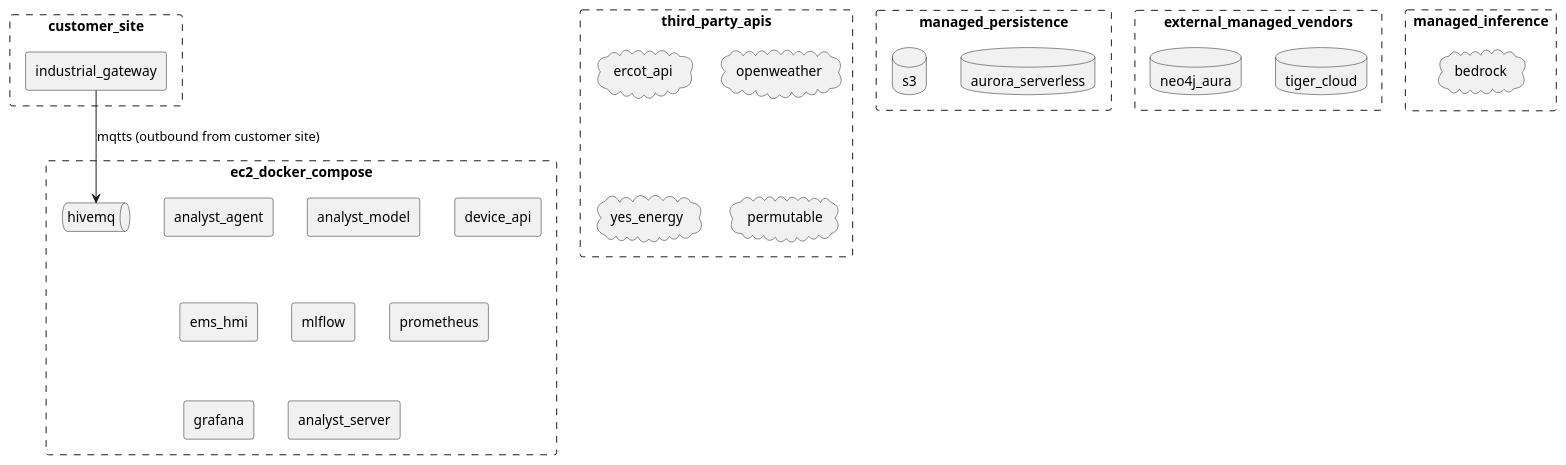
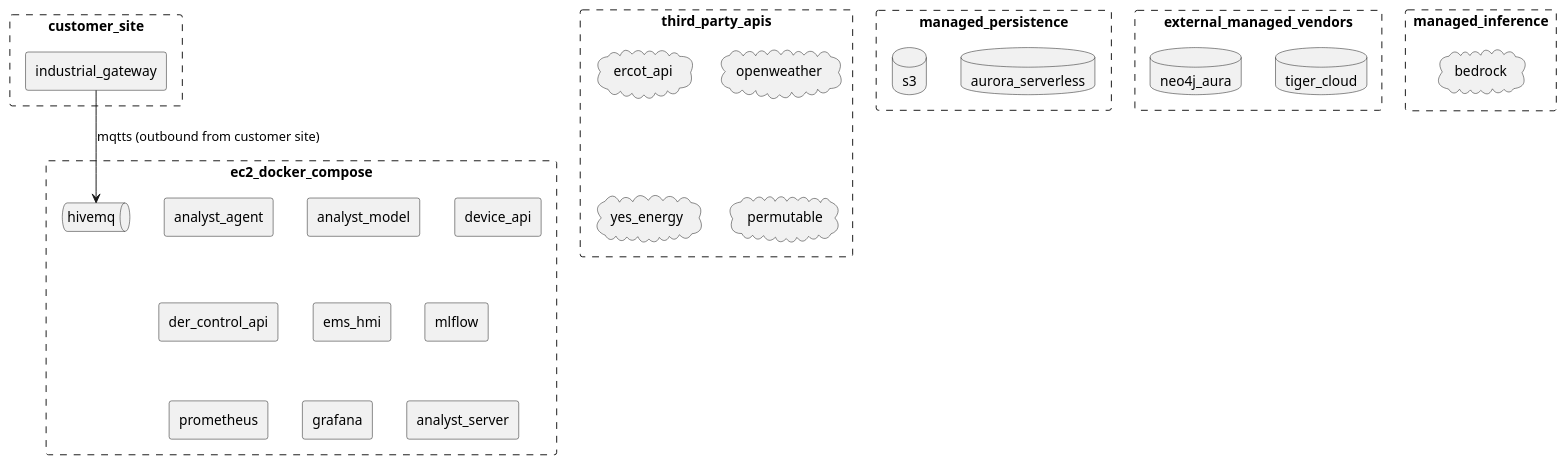
The third of 6 diagrams in readme.md (arcnode-io/ems), drawn with PlantUML before and after one commit. The commit also changed other lines of this file, not shown here.

First line of the commit message:
📐 docs(diagrams): add der_control_api to deployment + sequence diagrams

````diff
--- a/readme.md
+++ b/readme.md
@@ -116,40 +129,41 @@
 ```plantuml
 rectangle ec2_docker_compose #line.dashed {
     rectangle analyst_agent
     rectangle analyst_model
     rectangle device_api
+    rectangle der_control_api
     queue hivemq
     rectangle ems_hmi
     rectangle mlflow
     rectangle prometheus
     rectangle grafana
     rectangle analyst_server
 }
 
 rectangle customer_site #line.dashed {
     rectangle industrial_gateway
 }
 
 rectangle managed_persistence #line.dashed {
     database aurora_serverless
     database s3
 }
 
 rectangle external_managed_vendors #line.dashed {
     database tiger_cloud
     database neo4j_aura
 }
 
 rectangle managed_inference #line.dashed {
     cloud bedrock
 }
 
 rectangle third_party_apis #line.dashed {
     cloud ercot_api
     cloud openweather
     cloud yes_energy
     cloud permutable
 }
 
 industrial_gateway --> hivemq: mqtts (outbound from customer site)
 ```
````
